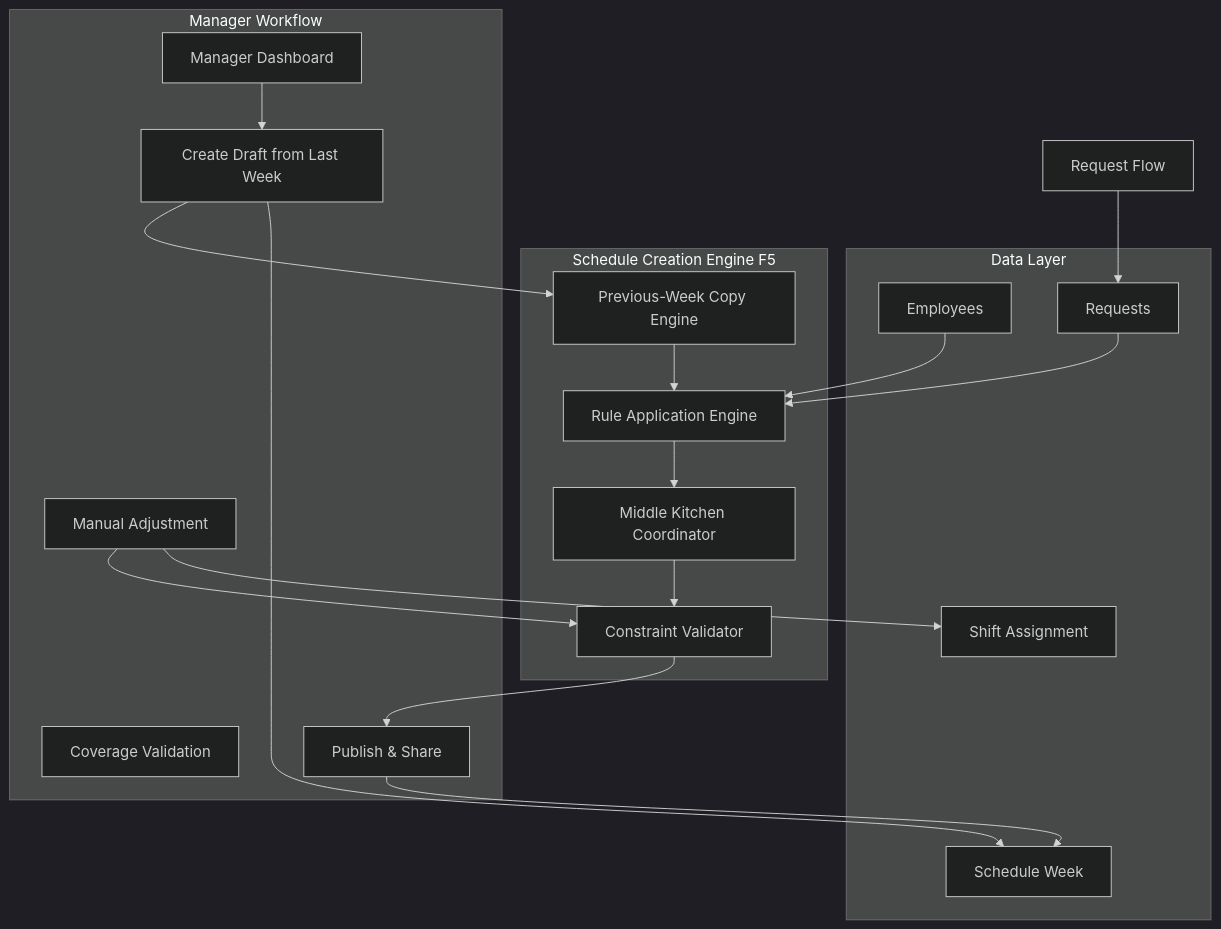
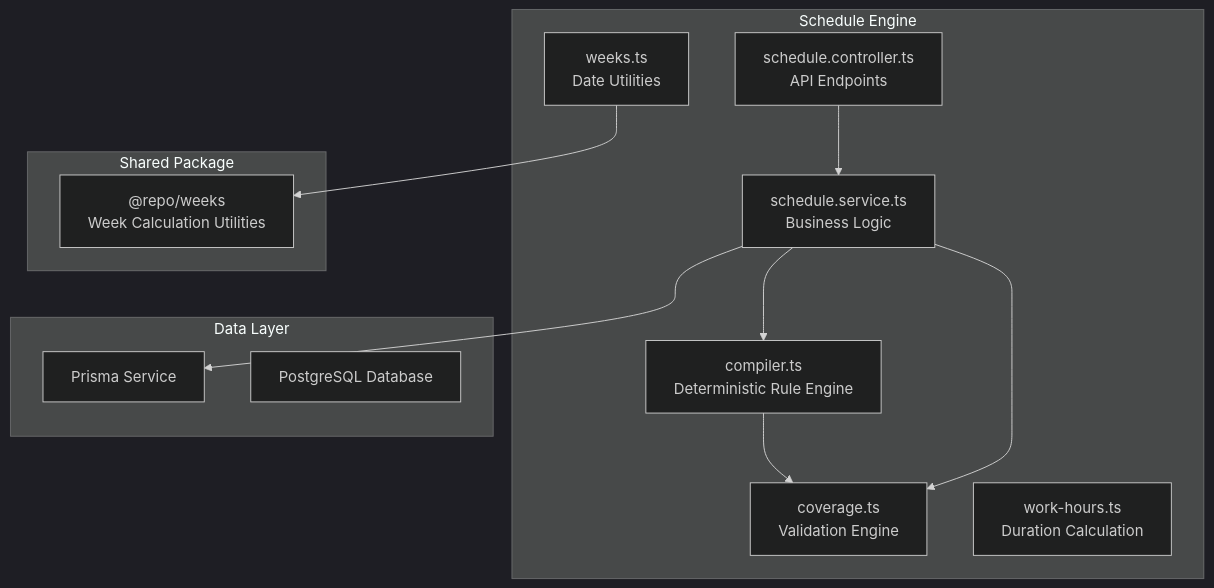
One commit to epo33m/scheduling changed the first of 8 diagrams in .qoder/repowiki/en/content/Product Requirements Document/Functional Specifications/Schedule Creation Engine (F5).md. Above: the diagram before and after it, drawn with Mermaid (dark theme). The commit also changed other lines of this file and 77 other files, not shown here.

````diff
--- a/.qoder/repowiki/en/content/Product Requirements Document/Functional Specifications/Schedule Creation Engine (F5).md
+++ b/.qoder/repowiki/en/content/Product Requirements Document/Functional Specifications/Schedule Creation Engine (F5).md
@@ -94,35 +48,24 @@
 ```mermaid
 graph TB
-subgraph "Manager Workflow"
-Dashboard["Manager Dashboard"]
-CreateDraft["Create Draft from Last Week"]
-AdjustSchedule["Manual Adjustment"]
-ValidateCoverage["Coverage Validation"]
-Publish["Publish & Share"]
+subgraph "Schedule Engine"
+Compiler["compiler.ts<br/>Deterministic Rule Engine"]
+Coverage["coverage.ts<br/>Validation Engine"]
+Service["schedule.service.ts<br/>Business Logic"]
+Controller["schedule.controller.ts<br/>API Endpoints"]
+Weeks["weeks.ts<br/>Date Utilities"]
+WorkHours["work-hours.ts<br/>Duration Calculation"]
 end
-subgraph "Schedule Creation Engine F5"
-CopyEngine["Previous-Week Copy Engine"]
-RuleEngine["Rule Application Engine"]
-MiddleKitchen["Middle Kitchen Coordinator"]
-Validator["Constraint Validator"]
+subgraph "Shared Package"
+RepoWeeks["@repo/weeks<br/>Week Calculation Utilities"]
 end
 subgraph "Data Layer"
-Employees["Employees"]
-Requests["Requests"]
-ScheduleWeek["Schedule Week"]
-ShiftAssignment["Shift Assignment"]
+Prisma["Prisma Service"]
+Database["PostgreSQL Database"]
 end
-Dashboard --> CreateDraft
-CreateDraft --> CopyEngine
-CopyEngine --> RuleEngine
-RuleEngine --> MiddleKitchen
-MiddleKitchen --> Validator
-AdjustSchedule --> Validator
-Validator --> Publish
-CreateDraft --> ScheduleWeek
-AdjustSchedule --> ShiftAssignment
-Publish --> ScheduleWeek
-RequestFlow["Request Flow"] --> Requests
-Requests --> RuleEngine
-Employees --> RuleEngine
+Compiler --> Coverage
+Service --> Compiler
+Service --> Coverage
+Controller --> Service
+Service --> Prisma
+Weeks --> RepoWeeks
 ```
````
